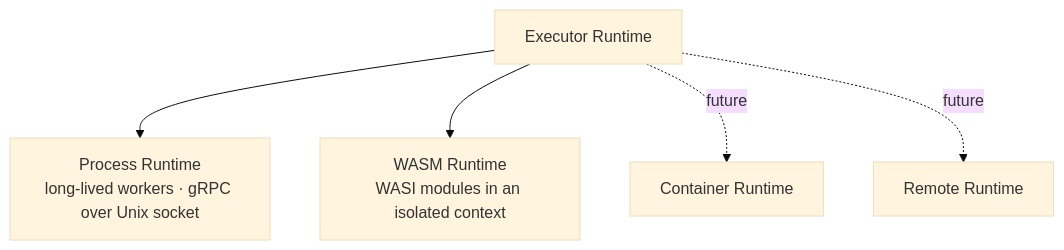
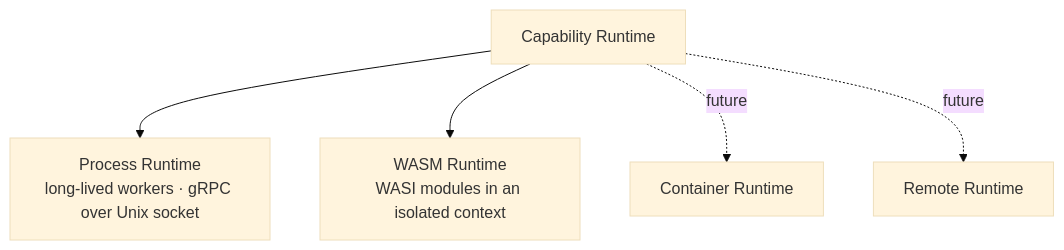
The sixth of 7 diagrams in docs/ARCHITECTURE.md (neuron-runtime/neuron), drawn with Mermaid (base theme) before and after one commit. The commit also changed other lines of this file and 119 other files, not shown here.

````diff
--- a/docs/ARCHITECTURE.md
+++ b/docs/ARCHITECTURE.md
@@ -300,7 +300,7 @@
 ```mermaid
 flowchart TB
-    ER[Executor Runtime] --> PROC[Process Runtime<br/>long-lived workers · gRPC over Unix socket]
+    ER[Capability Runtime] --> PROC[Process Runtime<br/>long-lived workers · gRPC over Unix socket]
     ER --> WASM[WASM Runtime<br/>WASI modules in an isolated context]
     ER -. future .-> CONT[Container Runtime]
     ER -. future .-> REM[Remote Runtime]
 ```
````
